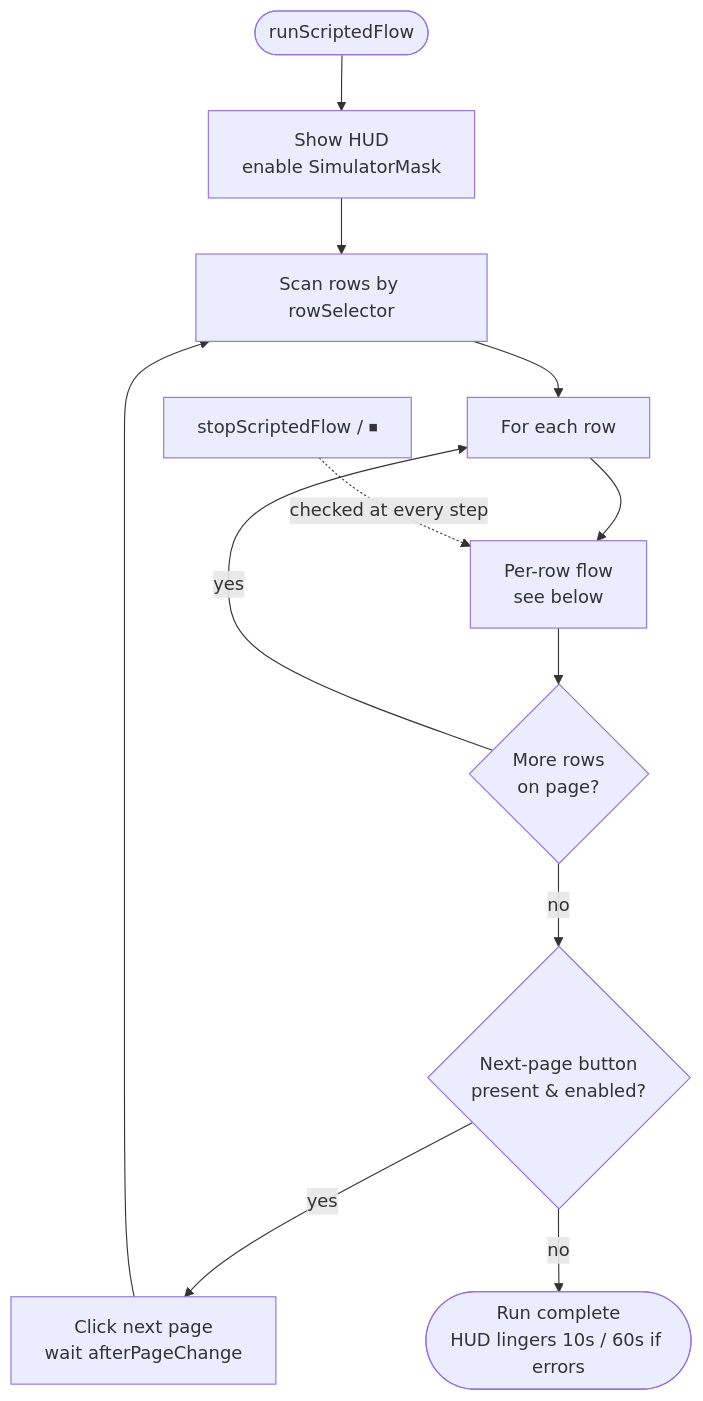
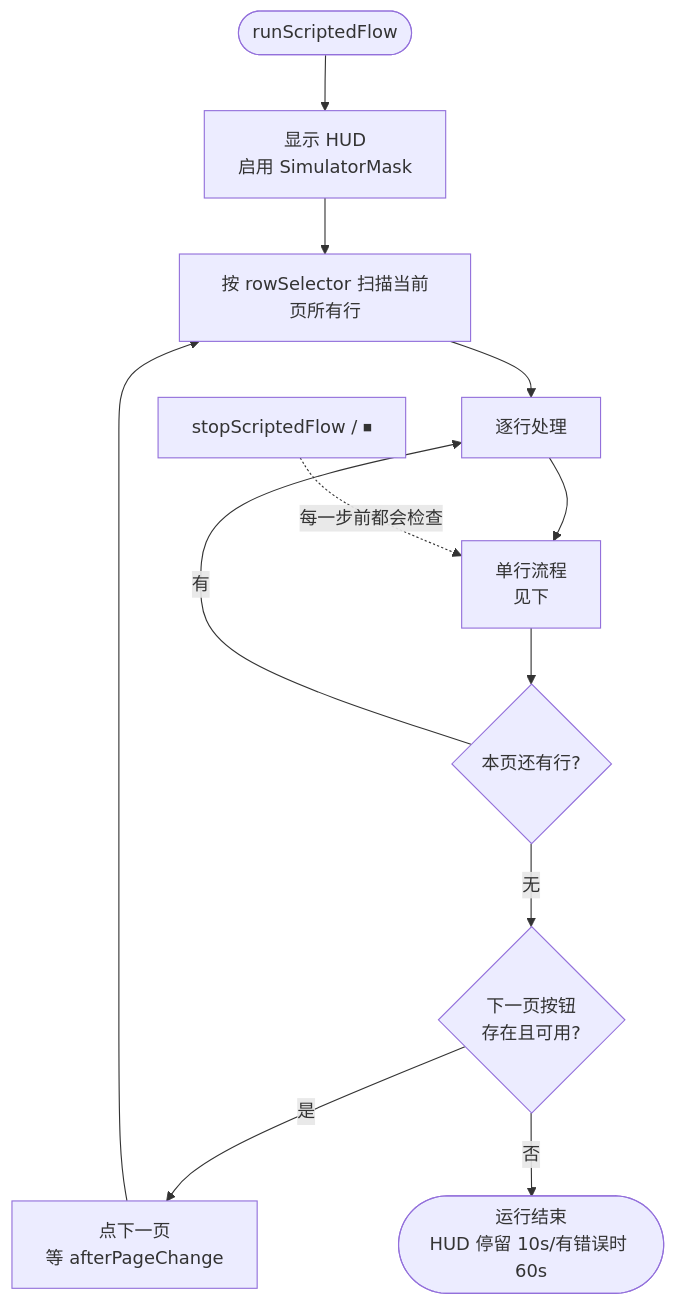
The first of 3 diagrams in packages/page-agent/docs/scripted-flow.md (scstc/page-agent), drawn with Mermaid before and after one commit. The commit also changed other lines of this file, not shown here.

First line of the commit message:
docs(page-agent): translate scripted-flow doc to Chinese

````diff
--- a/packages/page-agent/docs/scripted-flow.md
+++ b/packages/page-agent/docs/scripted-flow.md
@@ -67,14 +64,14 @@
 ```mermaid
 flowchart TD
-    Start([runScriptedFlow]) --> ShowHUD[Show HUD<br/>enable SimulatorMask]
-    ShowHUD --> PageLoop[Scan rows by rowSelector]
-    PageLoop --> RowLoop[For each row]
-    RowLoop --> PerRow[Per-row flow<br/>see below]
-    PerRow --> MoreRows{More rows<br/>on page?}
-    MoreRows -- yes --> RowLoop
-    MoreRows -- no --> NextBtn{Next-page button<br/>present & enabled?}
-    NextBtn -- yes --> ClickNext[Click next page<br/>wait afterPageChange]
+    Start([runScriptedFlow]) --> ShowHUD[显示 HUD<br/>启用 SimulatorMask]
+    ShowHUD --> PageLoop[按 rowSelector 扫描当前页所有行]
+    PageLoop --> RowLoop[逐行处理]
+    RowLoop --> PerRow[单行流程<br/>见下]
+    PerRow --> MoreRows{本页还有行?}
+    MoreRows -- 有 --> RowLoop
+    MoreRows -- 无 --> NextBtn{下一页按钮<br/>存在且可用?}
+    NextBtn -- 是 --> ClickNext[点下一页<br/>等 afterPageChange]
     ClickNext --> PageLoop
-    NextBtn -- no --> Finish([Run complete<br/>HUD lingers 10s / 60s if errors])
-    Abort[stopScriptedFlow / ⏹] -.checked at every step.-> PerRow
+    NextBtn -- 否 --> Finish([运行结束<br/>HUD 停留 10s/有错误时 60s])
+    Abort[stopScriptedFlow / ⏹] -.每一步前都会检查.-> PerRow
 ```
````
